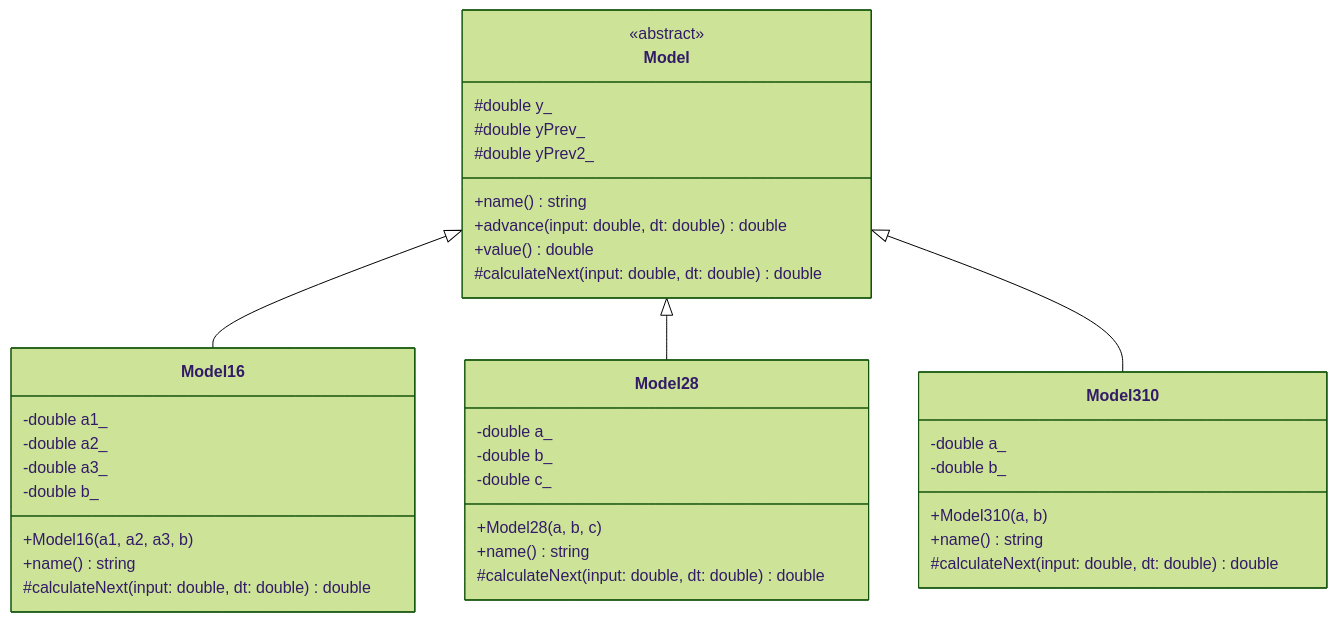
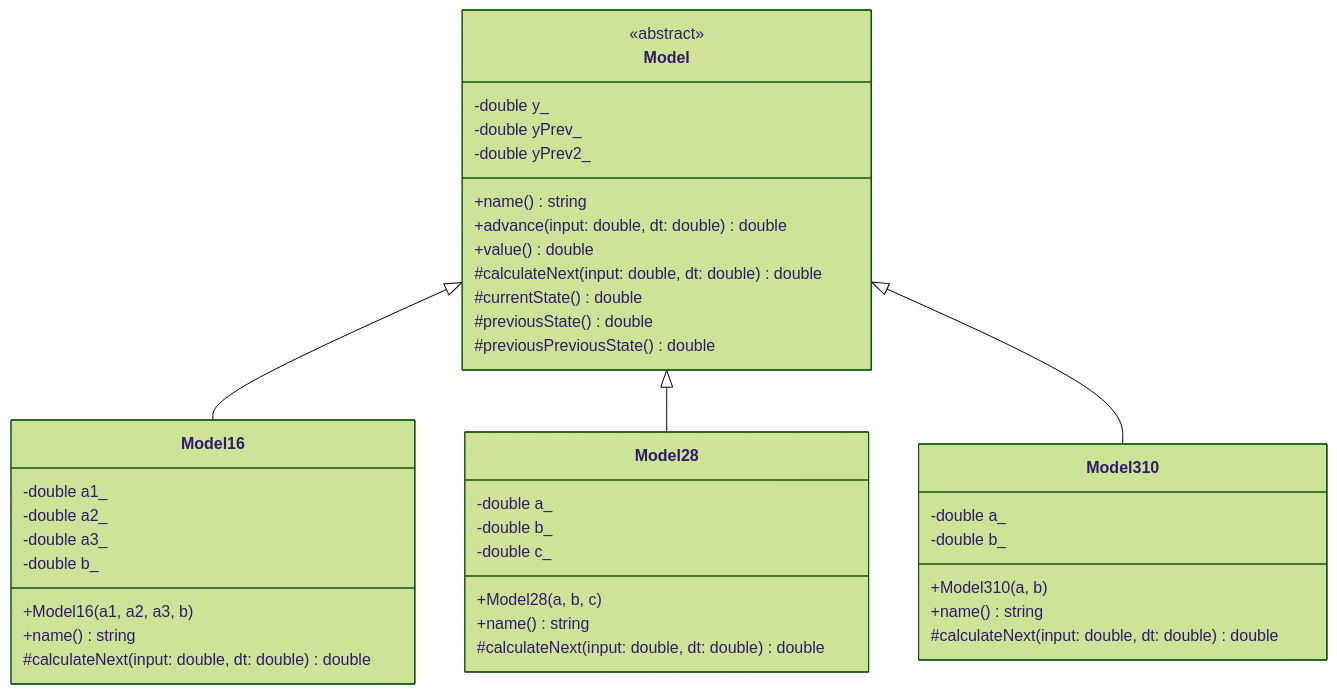
The diagram in trunk/as06823/task_01/doc/readme.md (Ill-Yar/TMAU-2026), drawn with Mermaid (forest theme) before and after one commit. The commit also changed other lines of this file and 3 other files, not shown here.

````diff
--- a/trunk/as06823/task_01/doc/readme.md
+++ b/trunk/as06823/task_01/doc/readme.md
@@ -206,46 +213,49 @@
 ```mermaid
 classDiagram
     direction TB
 
     class Model {
         <<abstract>>
-        #double y_
-        #double yPrev_
-        #double yPrev2_
+        -double y_
+        -double yPrev_
+        -double yPrev2_
         +name() string
         +advance(input: double, dt: double) double
         +value() double
         #calculateNext(input: double, dt: double) double
+        #currentState() double
+        #previousState() double
+        #previousPreviousState() double
     }
 
     class Model16 {
         -double a1_
         -double a2_
         -double a3_
         -double b_
         +Model16(a1, a2, a3, b)
         +name() string
         #calculateNext(input: double, dt: double) double
     }
 
     class Model28 {
         -double a_
         -double b_
         -double c_
         +Model28(a, b, c)
         +name() string
         #calculateNext(input: double, dt: double) double
     }
 
     class Model310 {
         -double a_
         -double b_
         +Model310(a, b)
         +name() string
         #calculateNext(input: double, dt: double) double
     }
 
     Model <|-- Model16
     Model <|-- Model28
     Model <|-- Model310
 ```
````
